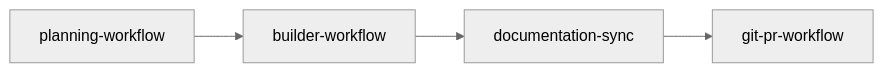
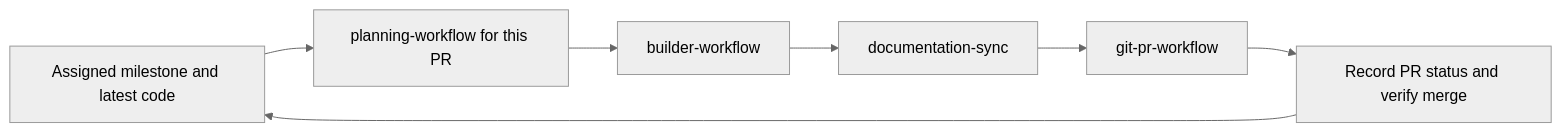
One commit to movahedan/fivenines changed the diagram in .cursor/skills/initiative-workflow/SKILL.md. Above: the diagram before and after it, drawn with Mermaid (neutral theme). The commit also changed other lines of this file and 70 other files, not shown here.

````diff
--- a/.cursor/skills/initiative-workflow/SKILL.md
+++ b/.cursor/skills/initiative-workflow/SKILL.md
@@ -11,8 +11,9 @@
 ```mermaid
 flowchart LR
-  P[planning-workflow]
-  B[builder-workflow]
-  D[documentation-sync]
-  G[git-pr-workflow]
-  P --> B --> D --> G
+  M[Assigned milestone and latest code] --> P[planning-workflow for this PR]
+  P --> B[builder-workflow]
+  B --> D[documentation-sync]
+  D --> G[git-pr-workflow]
+  G --> R[Record PR status and verify merge]
+  R --> M
 ```
````
